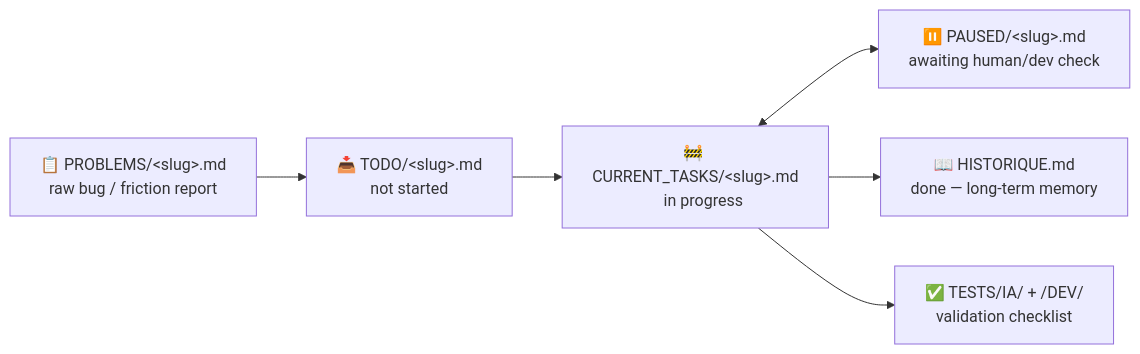
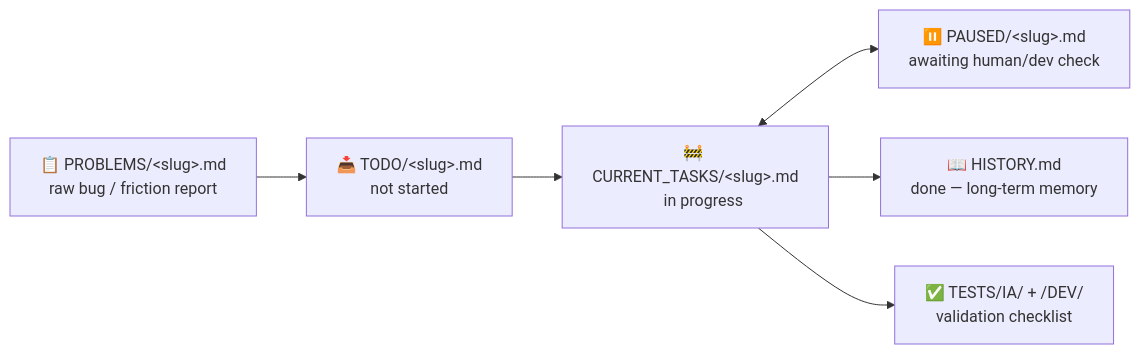
Before and after one commit to Nakken13/claude-crew: the diagram in README.md, drawn with Mermaid. The commit also changed other lines of this file and 51 other files, not shown here.

````diff
--- a/README.md
+++ b/README.md
@@ -62,14 +62,14 @@
 ```mermaid
 flowchart LR
     A["📋 PROBLEMS/&lt;slug&gt;.md
     raw bug / friction report"] --> B["📥 TODO/&lt;slug&gt;.md
     not started"]
     B --> C["🚧 CURRENT_TASKS/&lt;slug&gt;.md
     in progress"]
     C <--> P["⏸️ PAUSED/&lt;slug&gt;.md
     awaiting human/dev check"]
-    C --> D["📖 HISTORIQUE.md
+    C --> D["📖 HISTORY.md
     done — long-term memory"]
     C --> E["✅ TESTS/IA/ + /DEV/
     validation checklist"]
 ```
````
